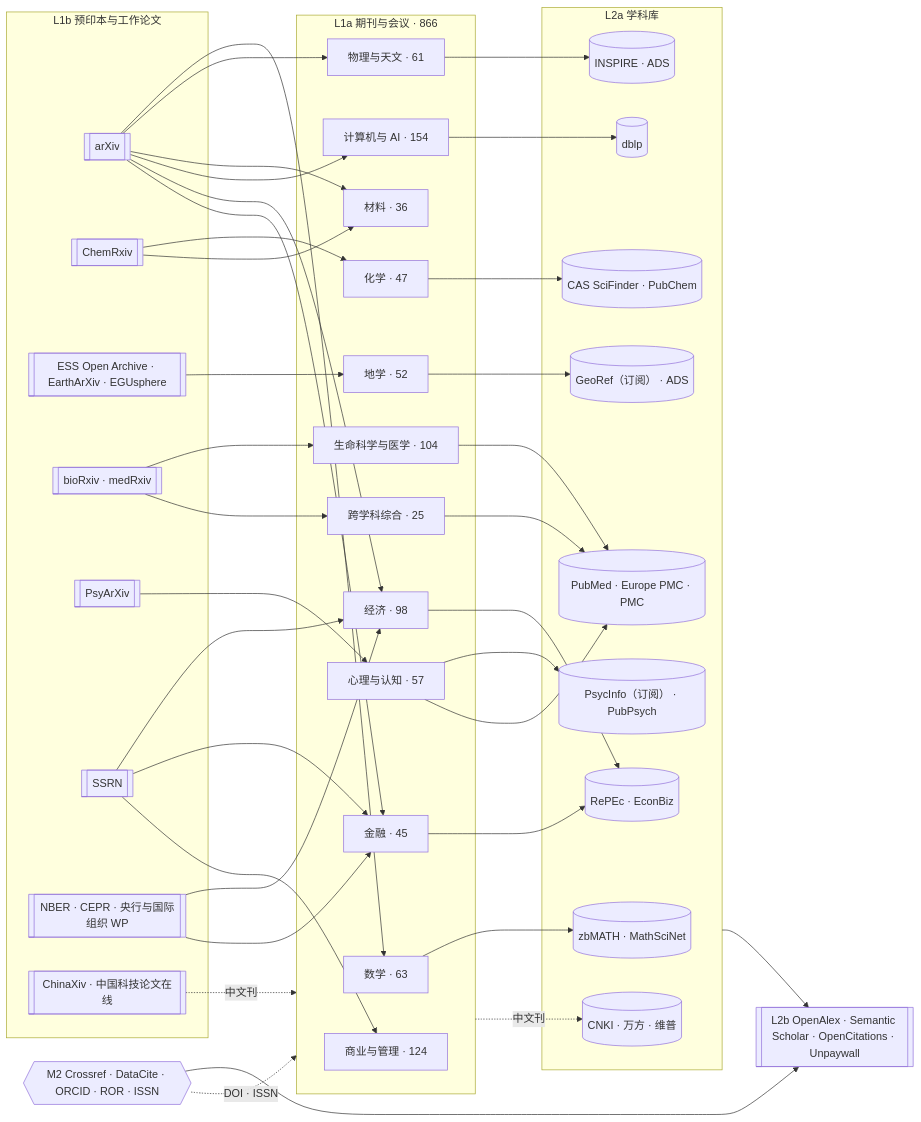
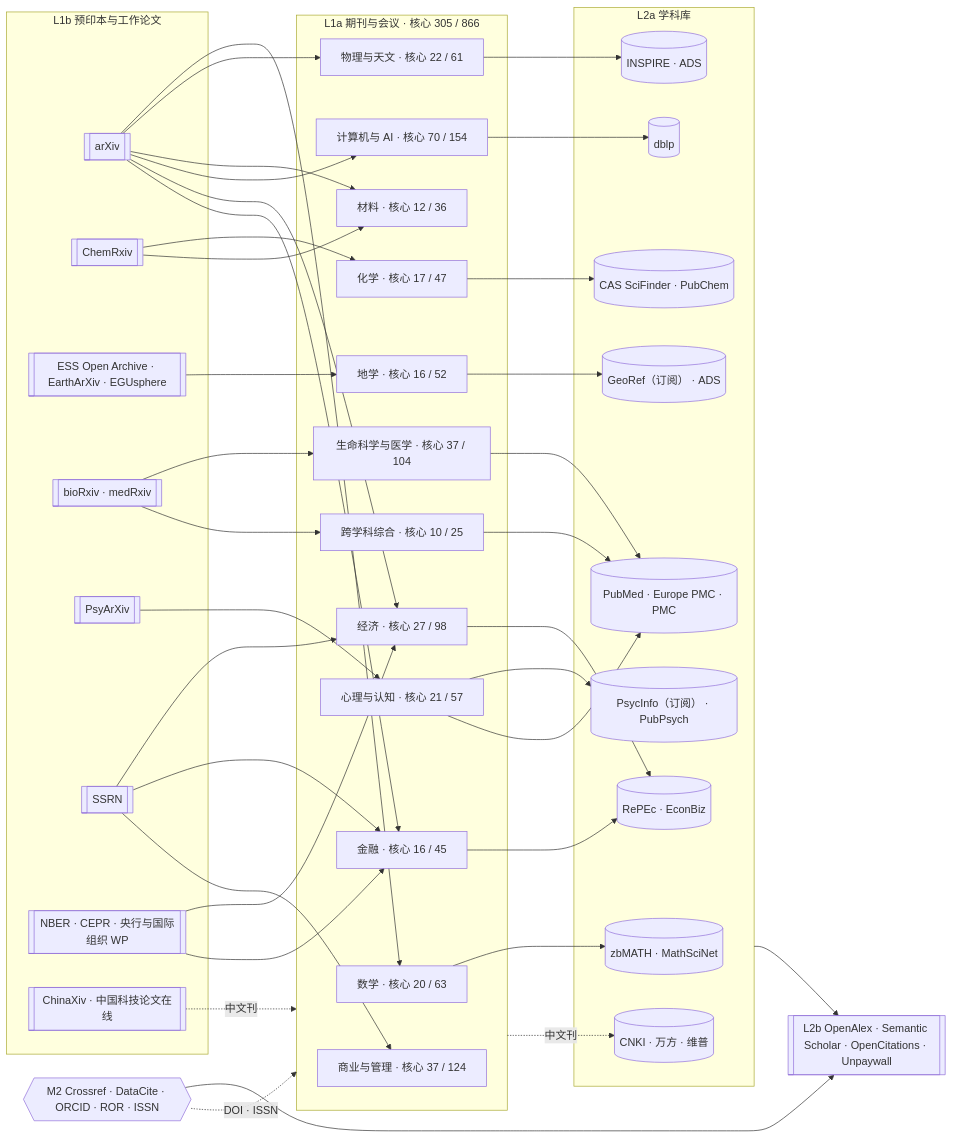
The diagram in docs/catalog/venues/README.md (yhyfhgs/Confluo), drawn with Mermaid before and after one commit. The commit also changed other lines of this file and 21 other files, not shown here.

````diff
--- a/docs/catalog/venues/README.md
+++ b/docs/catalog/venues/README.md
@@ -44,61 +45,61 @@
 ```mermaid
 flowchart LR
   subgraph L1B["L1b 预印本与工作论文"]
     arx[["arXiv"]]
     chemrx[["ChemRxiv"]]
     ess[["ESS Open Archive · EarthArXiv · EGUsphere"]]
     bio[["bioRxiv · medRxiv"]]
     psy[["PsyArXiv"]]
     ssrn[["SSRN"]]
     wp[["NBER · CEPR · 央行与国际组织 WP"]]
     cx[["ChinaXiv · 中国科技论文在线"]]
   end
-  subgraph L1A["L1a 期刊与会议 · 866"]
-    math["数学 · 63"]
-    phys["物理与天文 · 61"]
-    chem["化学 · 47"]
-    geo["地学 · 52"]
-    mat["材料 · 36"]
-    life["生命科学与医学 · 104"]
-    psyc["心理与认知 · 57"]
-    econ["经济 · 98"]
-    fin["金融 · 45"]
-    mgmt["商业与管理 · 124"]
-    cs["计算机与 AI · 154"]
-    multi["跨学科综合 · 25"]
+  subgraph L1A["L1a 期刊与会议 · 核心 305 / 866"]
+    math["数学 · 核心 20 / 63"]
+    phys["物理与天文 · 核心 22 / 61"]
+    chem["化学 · 核心 17 / 47"]
+    geo["地学 · 核心 16 / 52"]
+    mat["材料 · 核心 12 / 36"]
+    life["生命科学与医学 · 核心 37 / 104"]
+    psyc["心理与认知 · 核心 21 / 57"]
+    econ["经济 · 核心 27 / 98"]
+    fin["金融 · 核心 16 / 45"]
+    mgmt["商业与管理 · 核心 37 / 124"]
+    cs["计算机与 AI · 核心 70 / 154"]
+    multi["跨学科综合 · 核心 10 / 25"]
   end
   subgraph L2A["L2a 学科库"]
     zb[("zbMATH · MathSciNet")]
     ins[("INSPIRE · ADS")]
     cas[("CAS SciFinder · PubChem")]
     geor[("GeoRef（订阅） · ADS")]
     pm[("PubMed · Europe PMC · PMC")]
     psyi[("PsycInfo（订阅） · PubPsych")]
     rep[("RePEc · EconBiz")]
     dblp[("dblp")]
     cnki[("CNKI · 万方 · 维普")]
   end
   M2{{"M2 Crossref · DataCite · ORCID · ROR · ISSN"}}
   L2B[["L2b OpenAlex · Semantic Scholar · OpenCitations · Unpaywall"]]
   arx --> math & phys & mat & cs & econ & fin
   chemrx --> chem & mat
   ess --> geo
   bio --> life & multi
   psy --> psyc
   ssrn --> econ & fin & mgmt
   wp --> econ & fin
   math --> zb
   phys --> ins
   chem --> cas
   geo --> geor
   life --> pm
   psyc --> psyi & pm
   econ & fin --> rep
   cs --> dblp
   multi --> pm
   cx -. 中文刊 .-> L1A
   L1A -. 中文刊 .-> cnki
   M2 -. DOI · ISSN .-> L1A
   L2A --> L2B
   M2 --> L2B
 ```
````
